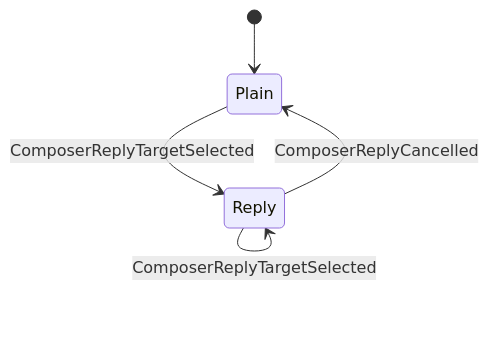
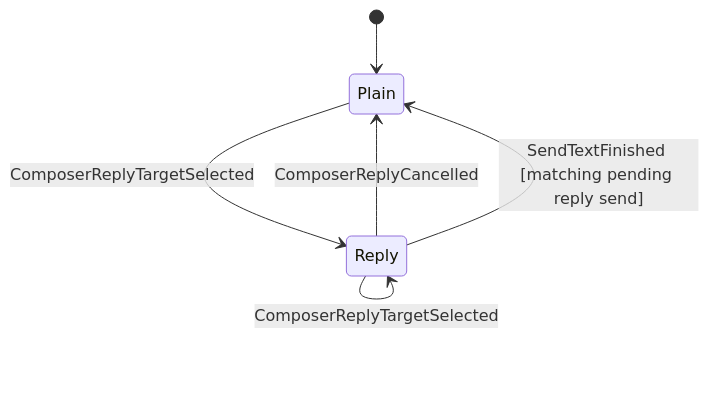
The third of 5 diagrams in docs/architecture/state-machine.md (shinaoka/koushi-matrix), drawn with Mermaid before and after one commit. The commit also changed other lines of this file and 41 other files, not shown here.

````diff
--- a/docs/architecture/state-machine.md
+++ b/docs/architecture/state-machine.md
@@ -105,7 +115,8 @@
 ```mermaid
 stateDiagram-v2
     [*] --> Plain
     Plain --> Reply: ComposerReplyTargetSelected
     Reply --> Reply: ComposerReplyTargetSelected
     Reply --> Plain: ComposerReplyCancelled
+    Reply --> Plain: SendTextFinished [matching pending reply send]
 ```
````
